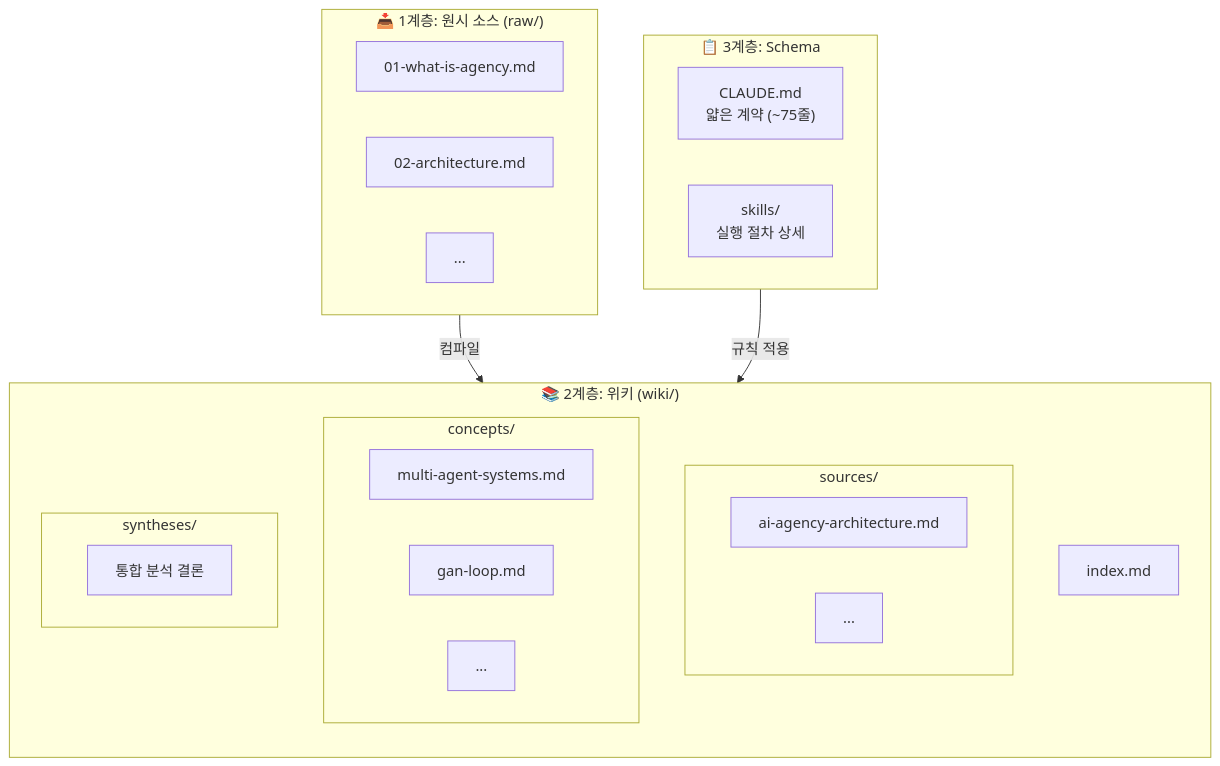
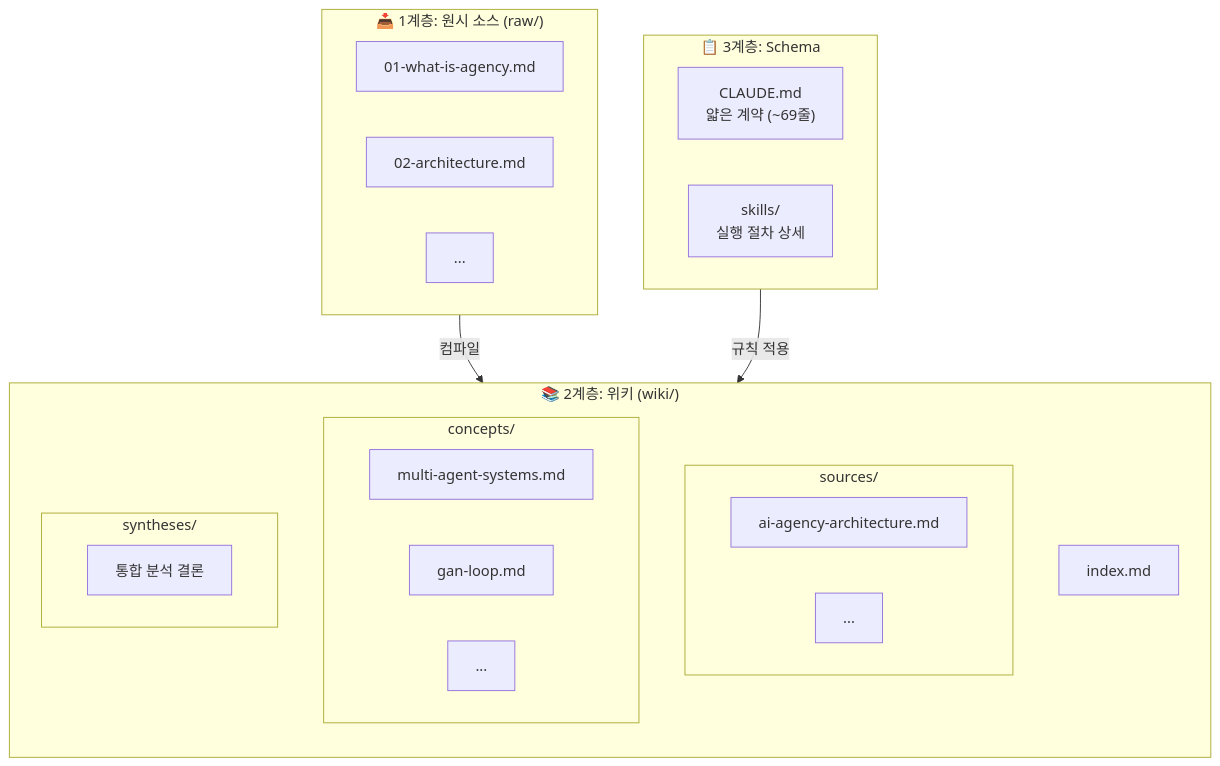
Before and after one commit to bjw202/Vault: the second of 10 diagrams in docs/vault-system-guide.md, drawn with Mermaid. The commit also changed other lines of this file and 1 other file, not shown here.

Commit message:
docs: vault-system-guide 철학 섹션 추가 + graph-lint frontmatter 수정

````diff
--- a/docs/vault-system-guide.md
+++ b/docs/vault-system-guide.md
@@ -39,35 +53,35 @@
 ```mermaid
 flowchart TB
     subgraph RAW["📥 1계층: 원시 소스 (raw/)"]
         direction LR
         R1["01-what-is-agency.md"]
         R2["02-architecture.md"]
         R3["..."]
     end
 
     subgraph WIKI["📚 2계층: 위키 (wiki/)"]
         direction TB
         subgraph SOURCES["sources/"]
             S1["ai-agency-architecture.md"]
             S2["..."]
         end
         subgraph CONCEPTS["concepts/"]
             C1["multi-agent-systems.md"]
             C2["gan-loop.md"]
             C3["..."]
         end
         subgraph SYNTHESES["syntheses/"]
             SY1["통합 분석 결론"]
         end
         IDX["index.md"]
     end
 
     subgraph SCHEMA["📋 3계층: Schema"]
         direction LR
-        CMD["CLAUDE.md<br/>얇은 계약 (~75줄)"]
+        CMD["CLAUDE.md<br/>얇은 계약 (~69줄)"]
         SKILLS["skills/<br/>실행 절차 상세"]
     end
 
     RAW -->|"컴파일"| WIKI
     SCHEMA -->|"규칙 적용"| WIKI
 ```
````
